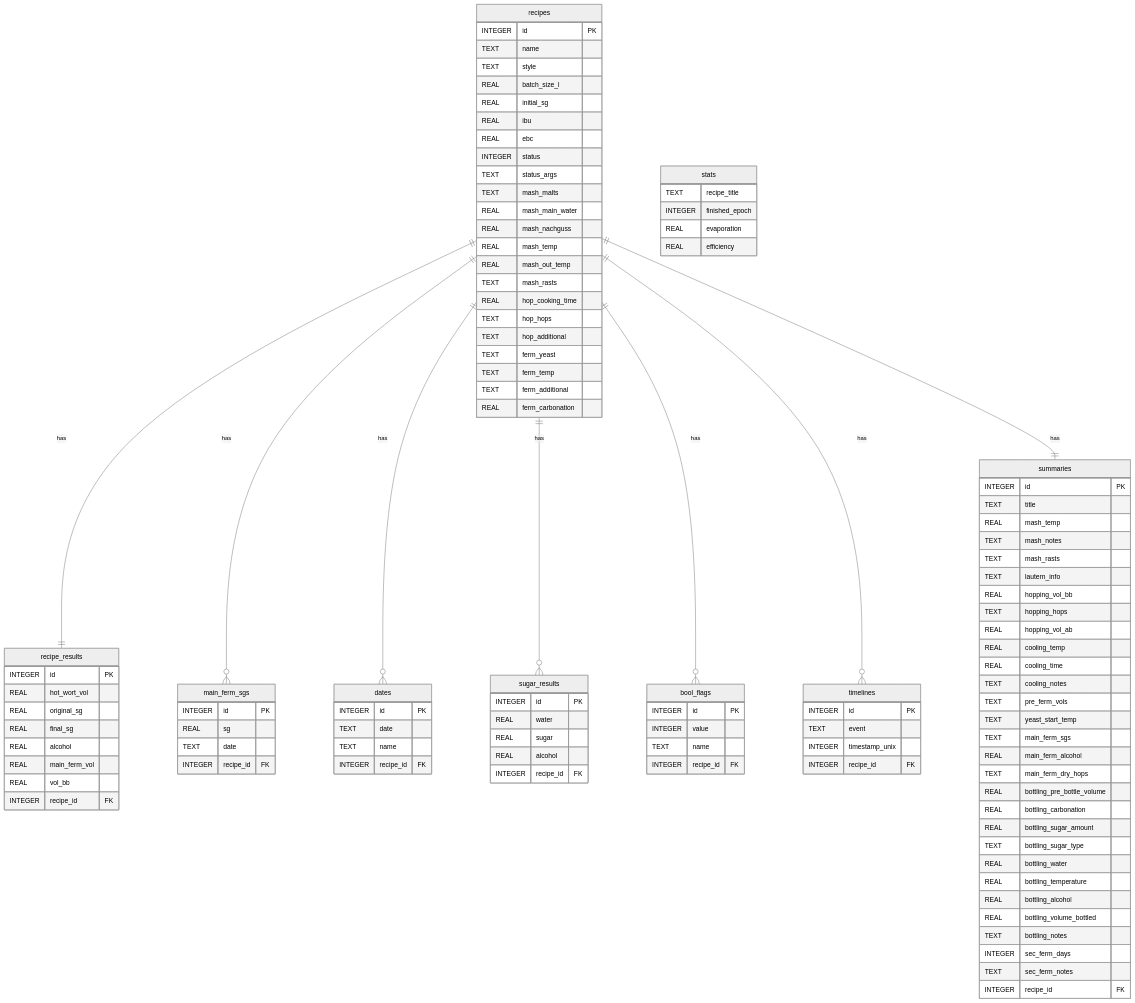
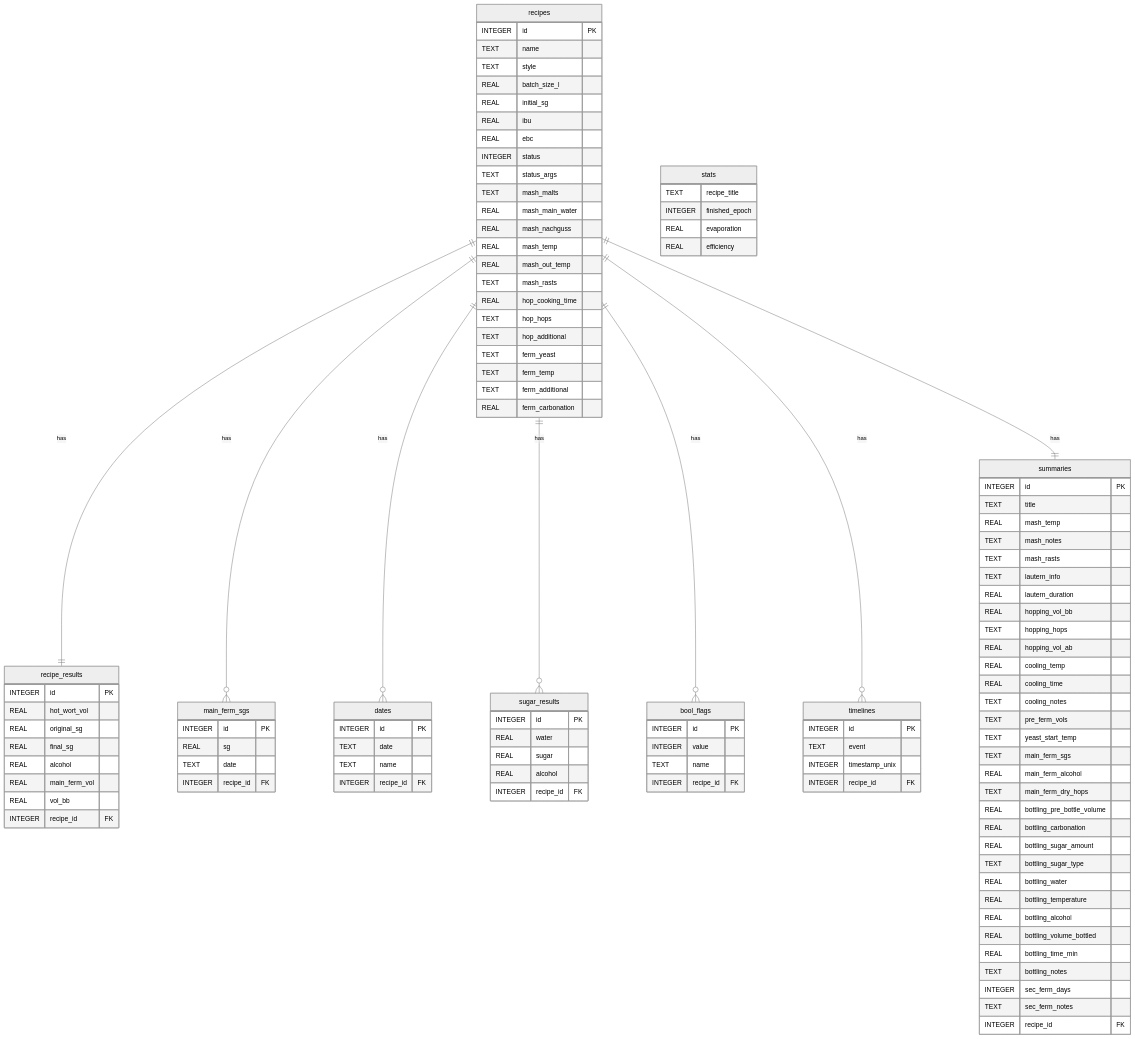
Before and after one commit to juan-castrillon/brewday: the seventh of 8 diagrams in TECHNICAL_OVERVIEW.md, drawn with Mermaid (neutral theme). The commit also changed other lines of this file and 29 other files, not shown here.

```diff
--- a/TECHNICAL_OVERVIEW.md
+++ b/TECHNICAL_OVERVIEW.md
@@ -538,6 +538,7 @@
         TEXT mash_notes
         TEXT mash_rasts
         TEXT lautern_info
+        REAL lautern_duration
         REAL hopping_vol_bb
         TEXT hopping_hops
         REAL hopping_vol_ab
@@ -557,6 +558,7 @@
         REAL bottling_temperature
         REAL bottling_alcohol
         REAL bottling_volume_bottled
+        REAL bottling_time_min
         TEXT bottling_notes
         INTEGER sec_ferm_days
         TEXT sec_ferm_notes
```
